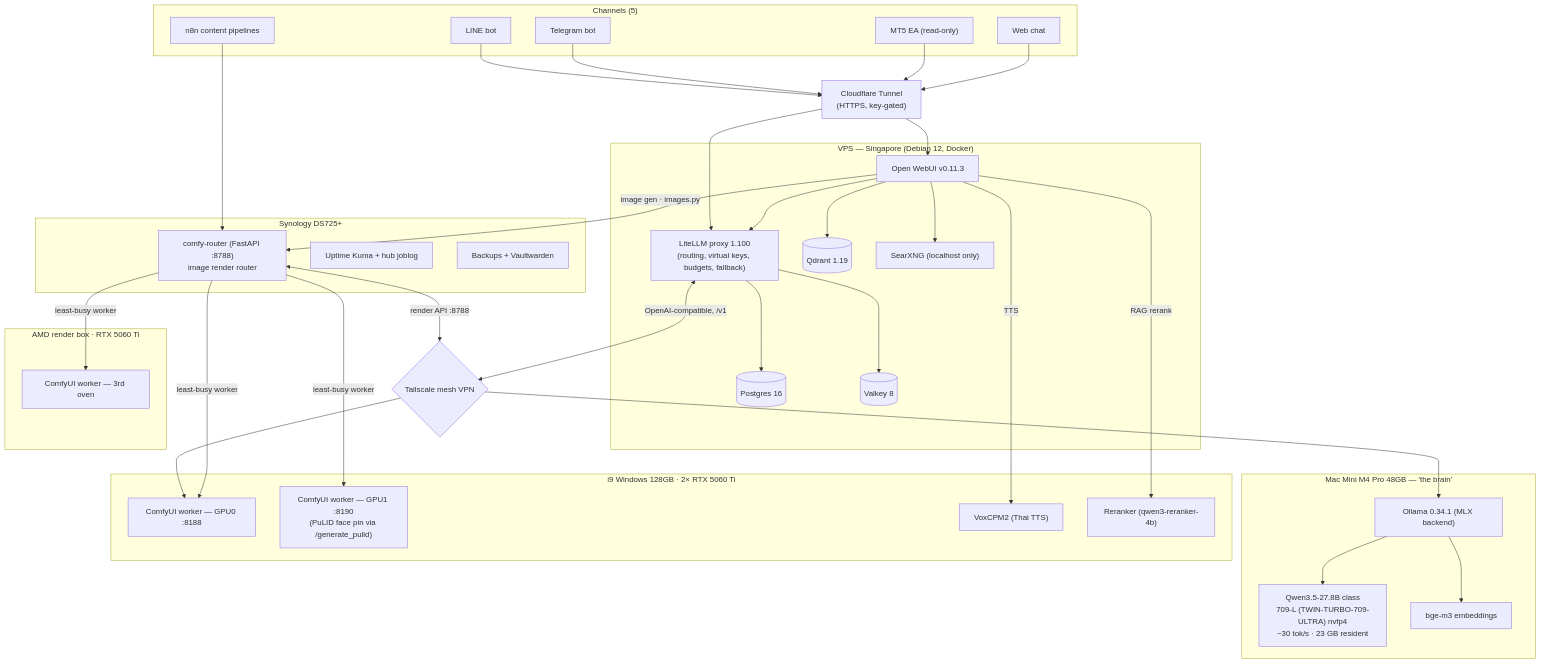
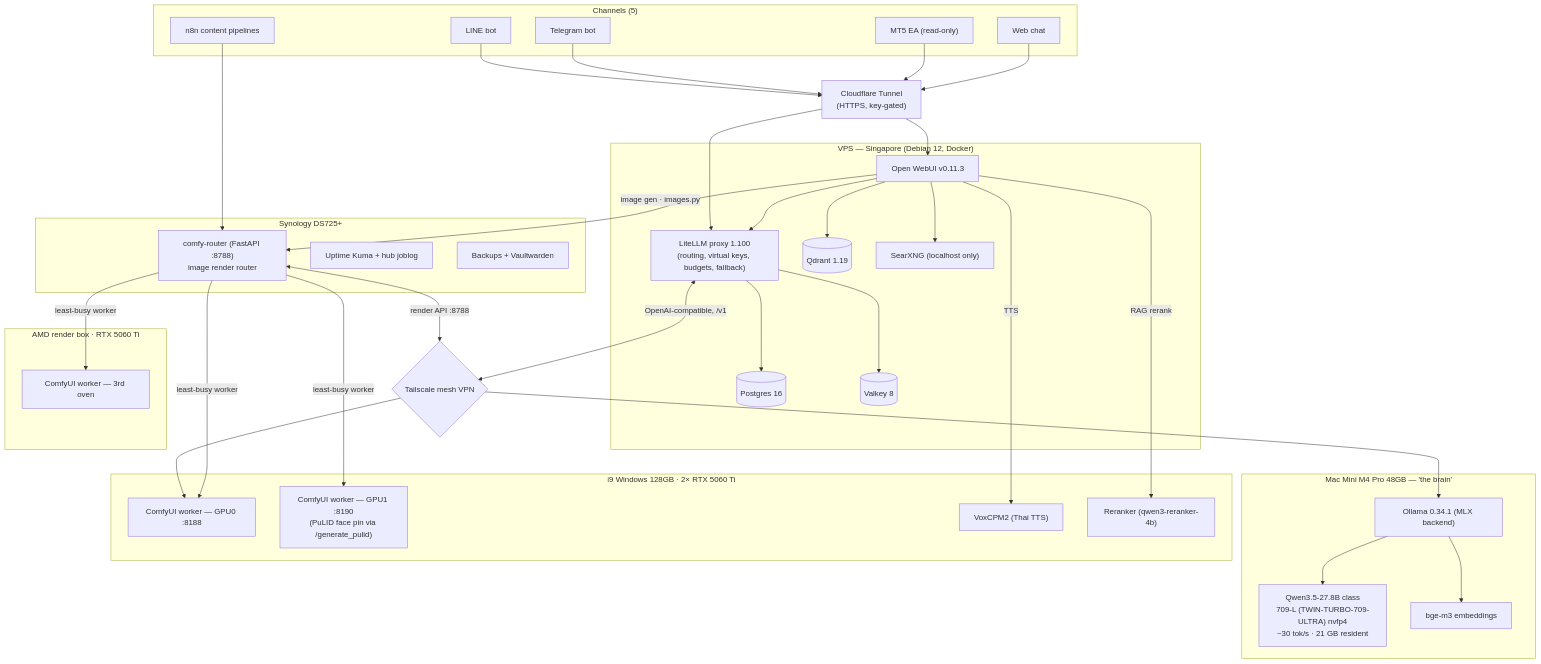
The diagram in README.md (siamcafe/bomllm), drawn with Mermaid before and after one commit.

Commit message:
fix: correct resident memory 23→21 GB [ops-hub]

````diff
--- a/README.md
+++ b/README.md
@@ -23,63 +23,63 @@
 ```mermaid
 flowchart TB
     subgraph USERS["Channels (5)"]
         LINE["LINE bot"]
         TG["Telegram bot"]
         MT5["MT5 EA (read-only)"]
         WEB["Web chat"]
         N8NP["n8n content pipelines"]
     end
 
     CF["Cloudflare Tunnel<br/>(HTTPS, key-gated)"]
 
     subgraph VPS["VPS — Singapore (Debian 12, Docker)"]
         OW["Open WebUI v0.11.3"]
         LL["LiteLLM proxy 1.100<br/>(routing, virtual keys, budgets, fallback)"]
         PG[("Postgres 16")]
         QD[("Qdrant 1.19")]
         VY[("Valkey 8")]
         SX["SearXNG (localhost only)"]
     end
 
     TS{"Tailscale mesh VPN"}
 
     subgraph MAC["Mac Mini M4 Pro 48GB — 'the brain'"]
         OL["Ollama 0.34.1 (MLX backend)"]
-        M1["Qwen3.5-27.8B class<br/>709-L (TWIN-TURBO-709-ULTRA) nvfp4<br/>~30 tok/s · 23 GB resident"]
+        M1["Qwen3.5-27.8B class<br/>709-L (TWIN-TURBO-709-ULTRA) nvfp4<br/>~30 tok/s · 21 GB resident"]
         EMB["bge-m3 embeddings"]
     end
 
     subgraph I9["i9 Windows 128GB · 2× RTX 5060 Ti"]
         CU0["ComfyUI worker — GPU0 :8188"]
         CU1["ComfyUI worker — GPU1 :8190<br/>(PuLID face pin via /generate_pulid)"]
         TTS["VoxCPM2 (Thai TTS)"]
         RR["Reranker (qwen3-reranker-4b)"]
     end
 
     subgraph AMD["AMD render box · RTX 5060 Ti"]
         CUA["ComfyUI worker — 3rd oven"]
     end
 
     subgraph NAS["Synology DS725+"]
         CR["comfy-router (FastAPI :8788)<br/>image render router"]
         MON["Uptime Kuma + hub joblog"]
         BAK["Backups + Vaultwarden"]
     end
 
     LINE & TG & MT5 & WEB --> CF
     N8NP --> CR
     CF --> OW & LL
     OW --> LL
     LL --> PG & VY
     OW --> SX
     OW --> QD
     LL <-->|"OpenAI-compatible, /v1"| TS
     CR <-->|"render API :8788"| TS
     TS --> OL
     TS --> CU0
     OL --> M1 & EMB
     OW -->|"image gen · images.py"| CR
     CR -->|"least-busy worker"| CU0 & CU1 & CUA
     OW -->|TTS| TTS
     OW -->|RAG rerank| RR
 ```
````
